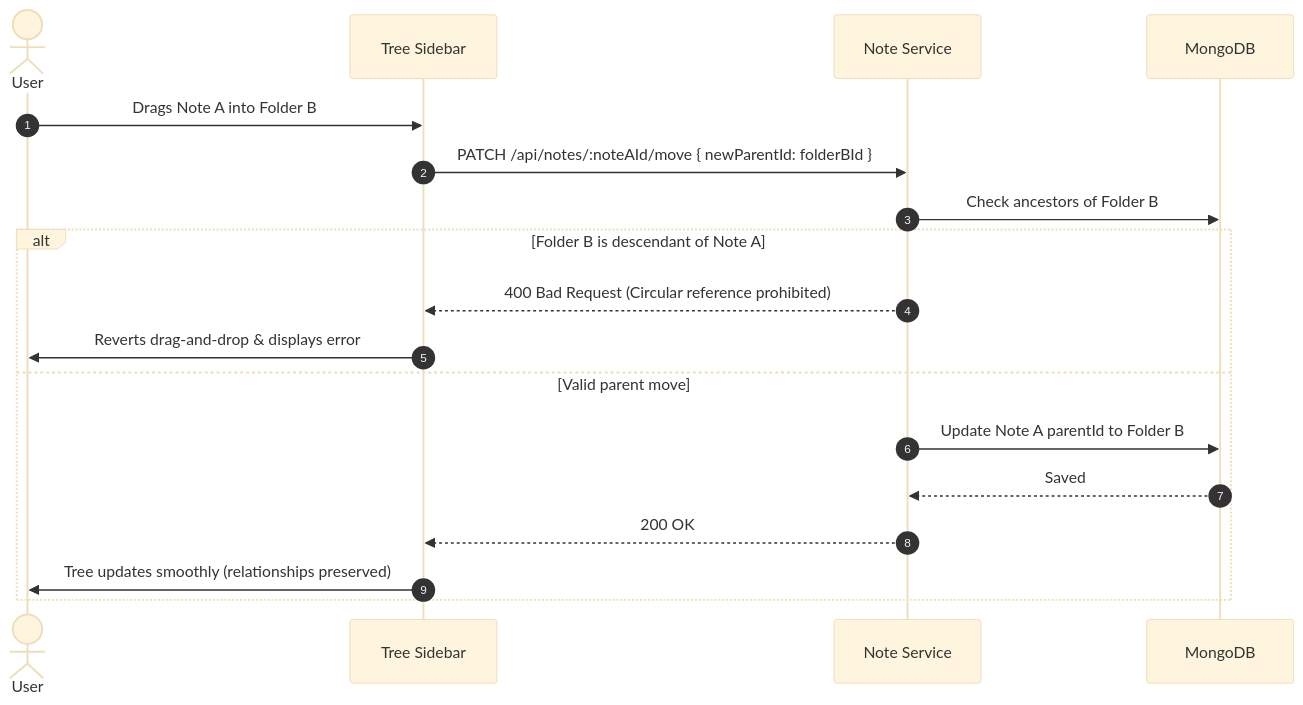
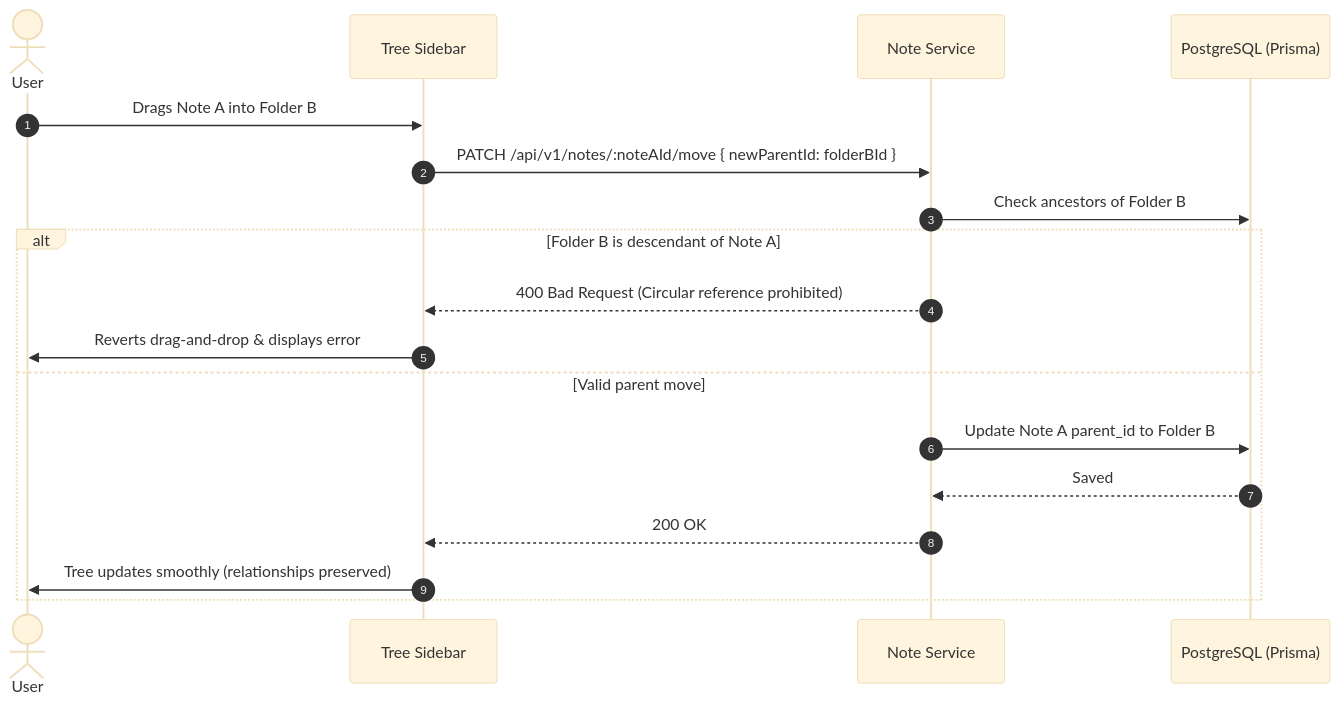
Before and after one commit to nhatnd99/PersonalKnowledgeManagement: the second of 3 diagrams in docs/06-ui-ux/USER_FLOWS.md, drawn with Mermaid (base theme). The commit also changed other lines of this file and 110 other files, not shown here.

````diff
--- a/docs/06-ui-ux/USER_FLOWS.md
+++ b/docs/06-ui-ux/USER_FLOWS.md
@@ -27,21 +27,21 @@
 ```mermaid
 sequenceDiagram
   autonumber
   actor User
   participant UI as Tree Sidebar
   participant Service as Note Service
-  participant DB as MongoDB
+  participant DB as PostgreSQL (Prisma)
 
   User->>UI: Drags Note A into Folder B
-  UI->>Service: PATCH /api/notes/:noteAId/move { newParentId: folderBId }
+  UI->>Service: PATCH /api/v1/notes/:noteAId/move { newParentId: folderBId }
   Service->>DB: Check ancestors of Folder B
   alt Folder B is descendant of Note A
     Service-->>UI: 400 Bad Request (Circular reference prohibited)
     UI->>User: Reverts drag-and-drop & displays error
   else Valid parent move
-    Service->>DB: Update Note A parentId to Folder B
+    Service->>DB: Update Note A parent_id to Folder B
     DB-->>Service: Saved
     Service-->>UI: 200 OK
     UI->>User: Tree updates smoothly (relationships preserved)
   end
 ```
````
